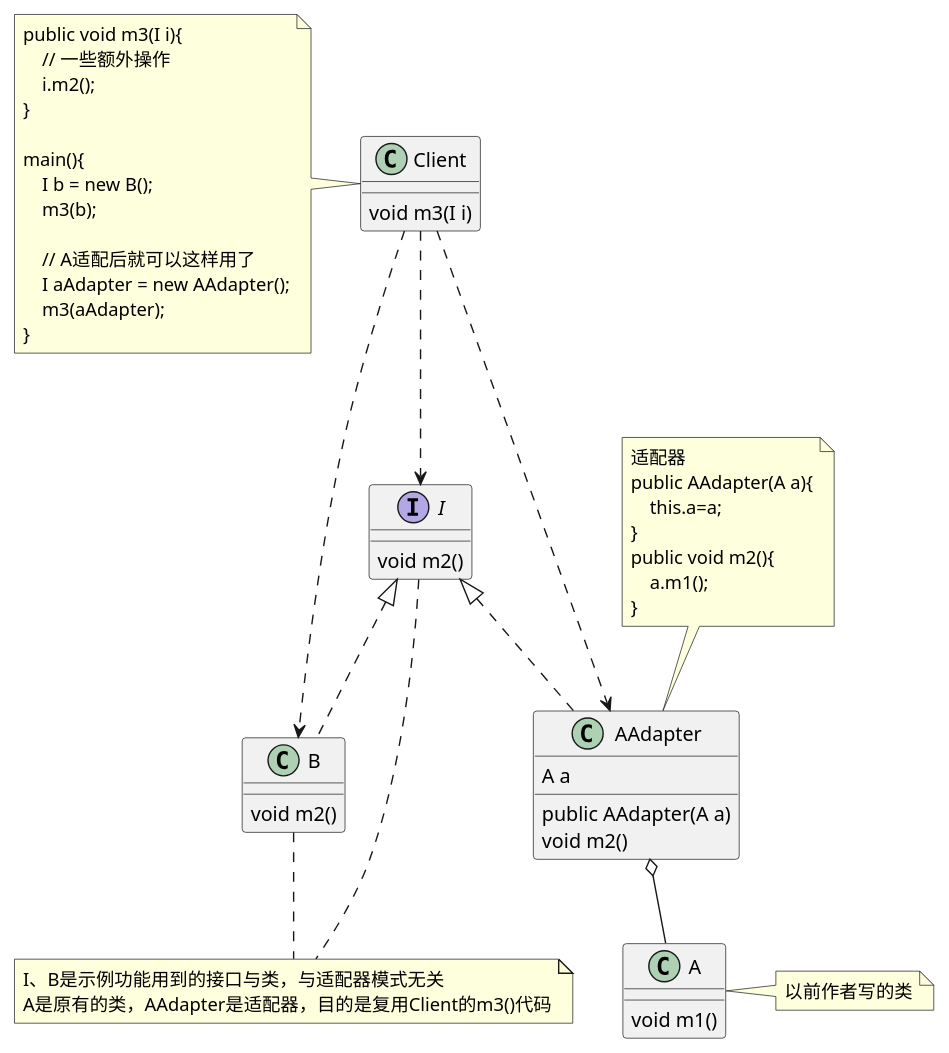
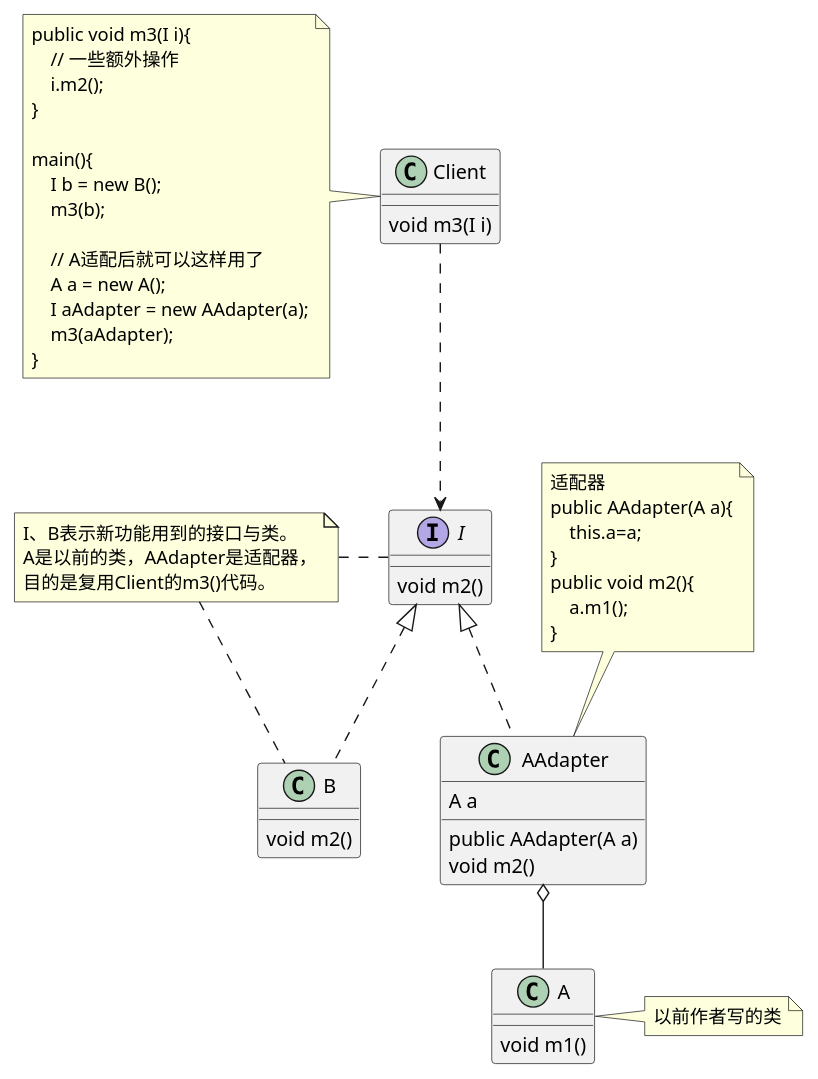
One commit to Drintau/StudyRepository changed the diagram in doc/UML/pattern/适配器模式.puml. Above: the diagram before and after it, drawn with PlantUML. The commit also changed 3 other files, not shown here.

Commit message:
优化策略模式、适配器模式类图

```diff
--- a/doc/UML/pattern/适配器模式.puml
+++ b/doc/UML/pattern/适配器模式.puml
@@ -1,63 +1,63 @@
 @startuml
 
 class A{
     void m1()
 }
 note right:以前作者写的类
 
 interface I{
     void m2()
 }
 class B{
     void m2()
 }
 
 class AAdapter{
     A a
     public AAdapter(A a)
     void m2()
 }
 note top of AAdapter
 适配器
 public AAdapter(A a){
     this.a=a;
 }
 public void m2(){
     a.m1();
 }
 end note
 
 class Client{
     void m3(I i)
 }
 note left of Client
 public void m3(I i){
     // 一些额外操作
     i.m2();
 }
 
 main(){
     I b = new B();
     m3(b);
 
     // A适配后就可以这样用了
-    I aAdapter = new AAdapter();
+    A a = new A();
+    I aAdapter = new AAdapter(a);
     m3(aAdapter);
 }
 end note
 
 I <|.. B
 I <|.. AAdapter
 AAdapter o-- A
 Client ..> I
-Client ..> B
-Client ..> AAdapter
 
 note as N1
-I、B是示例功能用到的接口与类，与适配器模式无关
-A是原有的类，AAdapter是适配器，目的是复用Client的m3()代码
+I、B表示新功能用到的接口与类。
+A是以前的类，AAdapter是适配器，
+目的是复用Client的m3()代码。
 end note
-I .. N1
-B .. N1
+N1 . I
+N1 .. B
 
 @enduml
```
